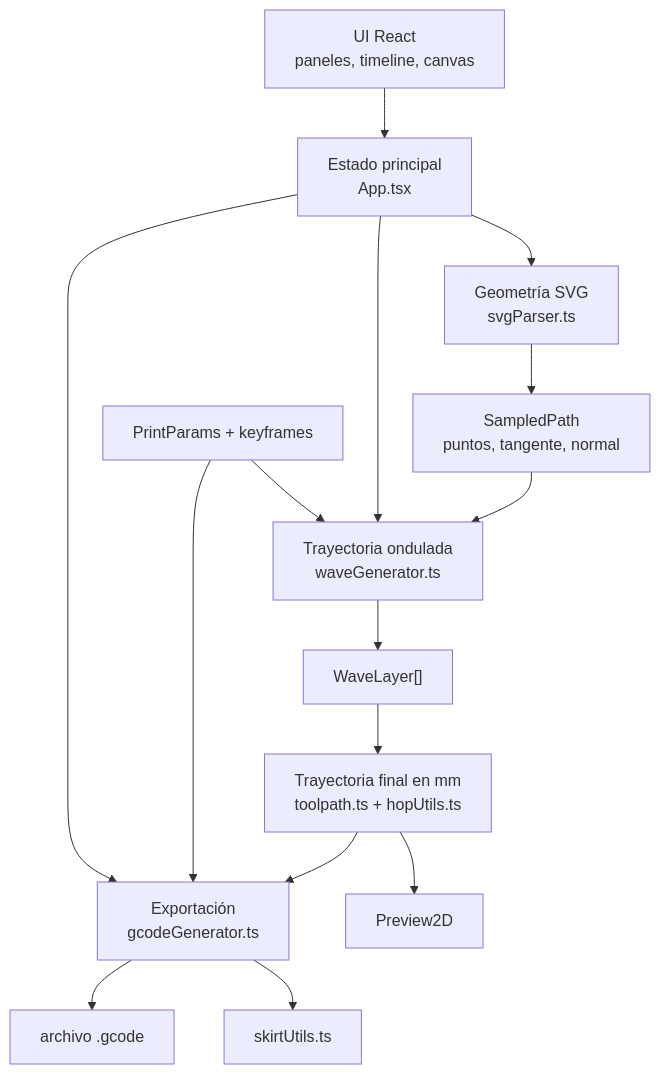
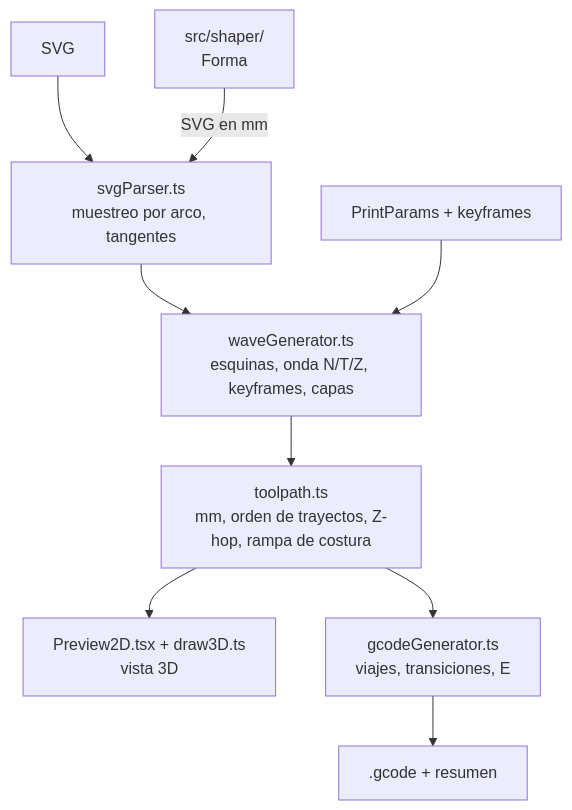
Before and after one commit to Cranmellar/barrocode: the second of 2 diagrams in README.md, drawn with Mermaid. The commit also changed other lines of this file, not shown here.

````diff
--- a/README.md
+++ b/README.md
@@ -105,18 +142,11 @@
 ```mermaid
 flowchart TB
-  UI["UI React<br/>paneles, timeline, canvas"] --> State["Estado principal<br/>App.tsx"]
-  State --> Geometry["Geometría SVG<br/>svgParser.ts"]
-  State --> Toolpath["Trayectoria ondulada<br/>waveGenerator.ts"]
-  State --> Export["Exportación<br/>gcodeGenerator.ts"]
-
-  Geometry --> Sampled["SampledPath<br/>puntos, tangente, normal"]
-  Sampled --> Toolpath
-  Params["PrintParams + keyframes"] --> Toolpath
-  Params --> Export
-  Toolpath --> Layers["WaveLayer[]"]
-  Layers --> Final["Trayectoria final en mm<br/>toolpath.ts + hopUtils.ts"]
-  Final --> Preview["Preview2D"]
-  Final --> Export
-  Export --> Travel["skirtUtils.ts"]
-  Export --> File["archivo .gcode"]
+  SVG["SVG"] --> Parse["svgParser.ts<br/>muestreo por arco, tangentes"]
+  Shaper["src/shaper/<br/>Forma"] -- "SVG en mm" --> Parse
+  Parse --> Wave["waveGenerator.ts<br/>esquinas, onda N/T/Z, keyframes, capas"]
+  Params["PrintParams + keyframes"] --> Wave
+  Wave --> Toolpath["toolpath.ts<br/>mm, orden de trayectos, Z-hop, rampa de costura"]
+  Toolpath --> Preview["Preview2D.tsx + draw3D.ts<br/>vista 3D"]
+  Toolpath --> Gcode["gcodeGenerator.ts<br/>viajes, transiciones, E"]
+  Gcode --> File[".gcode + resumen"]
 ```
````
